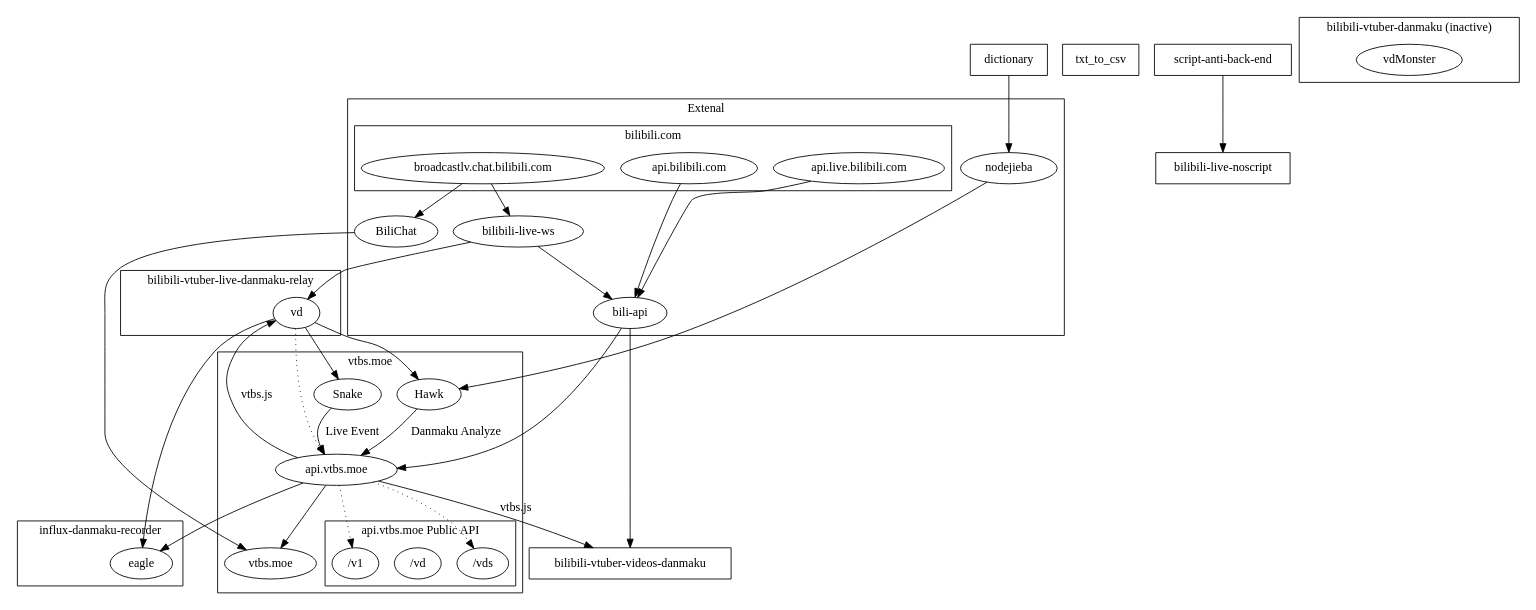
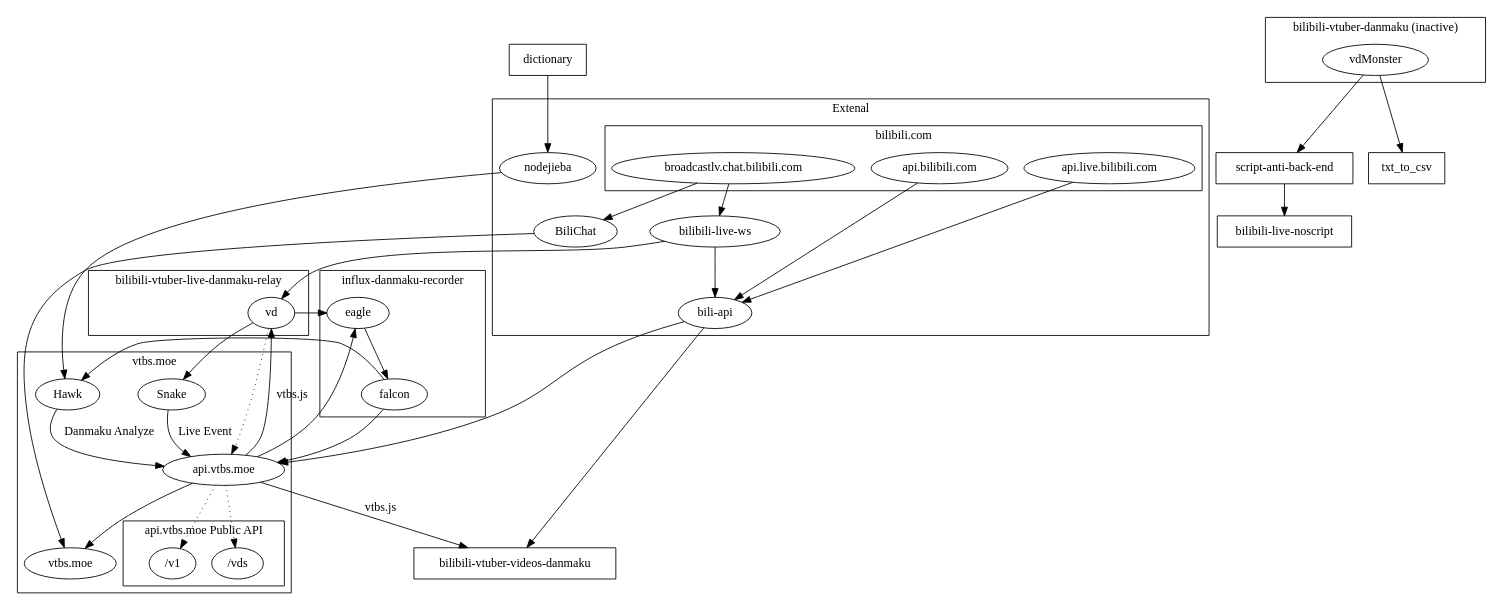
The diagram in dependency.dot (dd-center/dd-center.github.io), drawn with Graphviz before and after one commit. The commit also changed 1 other file, not shown here.

```diff
--- a/dependency.dot
+++ b/dependency.dot
@@ -1,78 +1,76 @@
 digraph {
 	dictionary [shape=box];
 	txt_to_csv [shape=box];
 	"bilibili-live-noscript" [shape=box];
 	"bilibili-vtuber-videos-danmaku" [shape=box];
 	"script-anti-back-end" [shape=box];
 	/* "danmaku-analyze"; */
 	subgraph "cluster_bilibili_package" {
 		label = "Extenal";
 		"bili-api";
 		"bilibili-live-ws";
 		BiliChat;
 		nodejieba;
 		subgraph "cluster_bilibili-" {
 			label = "bilibili.com";
 			"api.bilibili.com";
 			"api.live.bilibili.com";
 			"broadcastlv.chat.bilibili.com";
 		}
 	}
 	subgraph "cluster_vtbs.moe" {
 		label="vtbs.moe";
 		"api.vtbs.moe";
 		Hawk;
 		Snake;
 		Snake -> "api.vtbs.moe"  [ label = "Live Event" ];
 		Hawk -> "api.vtbs.moe" [ label = "Danmaku Analyze" ];
 		"api.vtbs.moe" -> "vtbs.moe"
 		subgraph "cluster_open_api" {
 			label = "api.vtbs.moe Public API";
 			"/v1";
-			"/vd";
 			"/vds";
 		}
 	}
+
 	subgraph "cluster_bilibili-vtuber-danmaku" {
 		label = "bilibili-vtuber-danmaku (inactive)";
 		vdMonster;
 	}
+
 	subgraph "cluster_bilibili-vtuber-danmaku-relay" {
 		label = "bilibili-vtuber-live-danmaku-relay";
 		vd;
 	}
+
 	subgraph "cluster_influx-bilibili-vtuber-danmaku" {
 		label = "influx-danmaku-recorder";
 		eagle;
+		falcon;
+		/* eagle -> influxDB -> falcon; */
+		eagle -> falcon;
 	}
+
 	"api.bilibili.com" -> "bili-api";
 	"api.live.bilibili.com" -> "bili-api";
 	"bilibili-live-ws" -> "bili-api" -> "api.vtbs.moe";
 	"broadcastlv.chat.bilibili.com" -> "bilibili-live-ws" -> vd;
 	"api.vtbs.moe" -> vd [ label = "vtbs.js" ];
 	"api.vtbs.moe" -> "bilibili-vtuber-videos-danmaku" [ label = "vtbs.js" ];
 	"bili-api" -> "bilibili-vtuber-videos-danmaku";
-	/* vd -> vdMonster; */
-	vd -> Hawk;
 	vd -> Snake;
 	vd -> eagle;
 	"api.vtbs.moe" -> eagle;
 
 	dictionary -> nodejieba;
+	falcon -> Hawk;
+	falcon -> "api.vtbs.moe";
 	nodejieba -> Hawk;
-	/* nodejieba -> vdMonster; */
-	/* vd -> txt_to_csv; */
-	/* vd -> "script-anti-back-end" */
-	"script-anti-back-end" -> "bilibili-live-noscript";
+	vdMonster -> "script-anti-back-end" -> "bilibili-live-noscript";
+	vdMonster -> txt_to_csv
 	"broadcastlv.chat.bilibili.com" -> BiliChat -> "vtbs.moe";
 
 	vd -> "api.vtbs.moe" [style=dotted];
-	/* vd -> "/vds"; */
-	/* vdMonster -> "api.vtbs.moe" */
 	"api.vtbs.moe" -> "/v1" [style=dotted];
-	/* "api.vtbs.moe" -> "/vd" [style=dotted]; */
 	"api.vtbs.moe" -> "/vds" [style=dotted];
-
-	/* "bilibili-vtuber-videos-danmaku" -> "danmaku-analyze"; */
-	/* vdMonster -> "danmaku-analyze" -> "api.vtbs.moe"; */
 }
```
